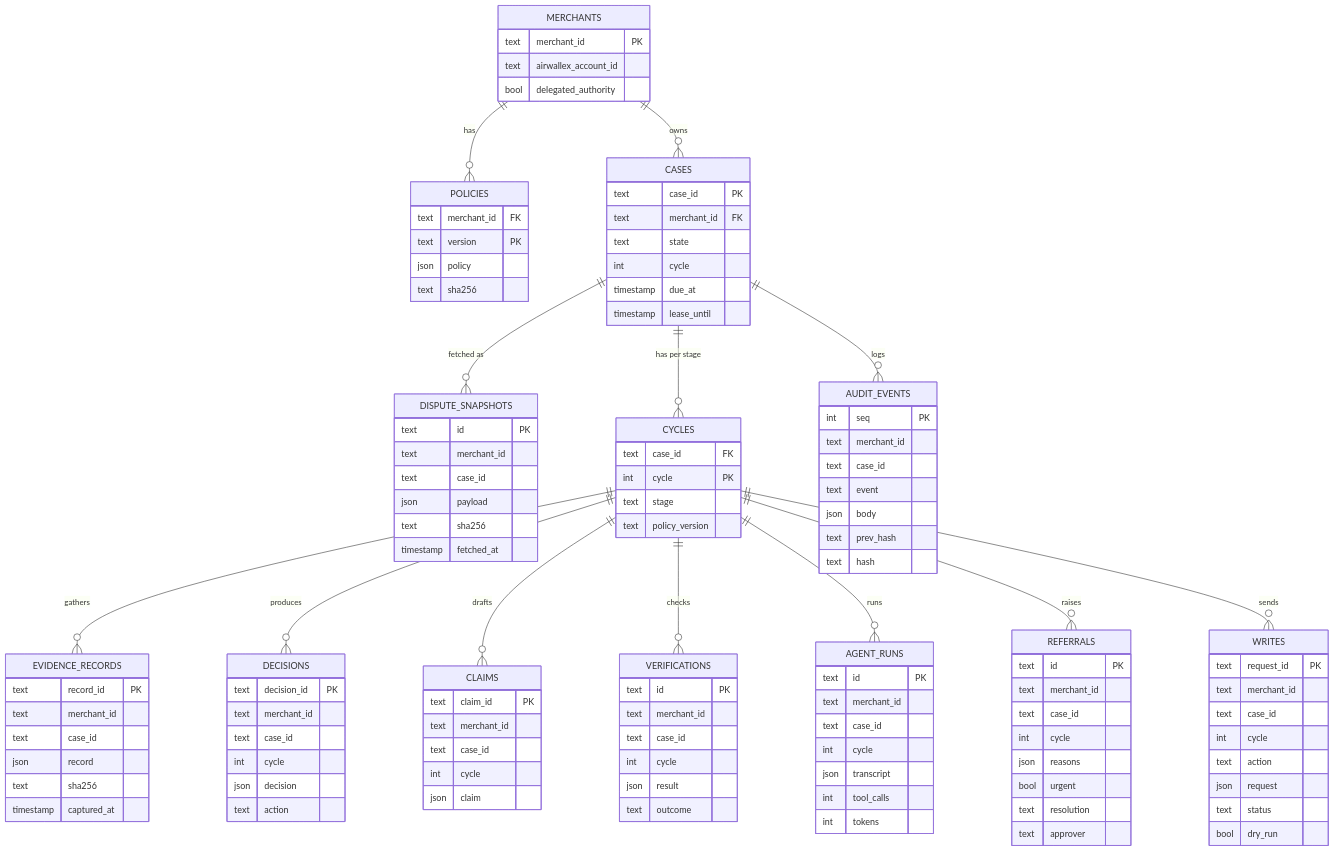
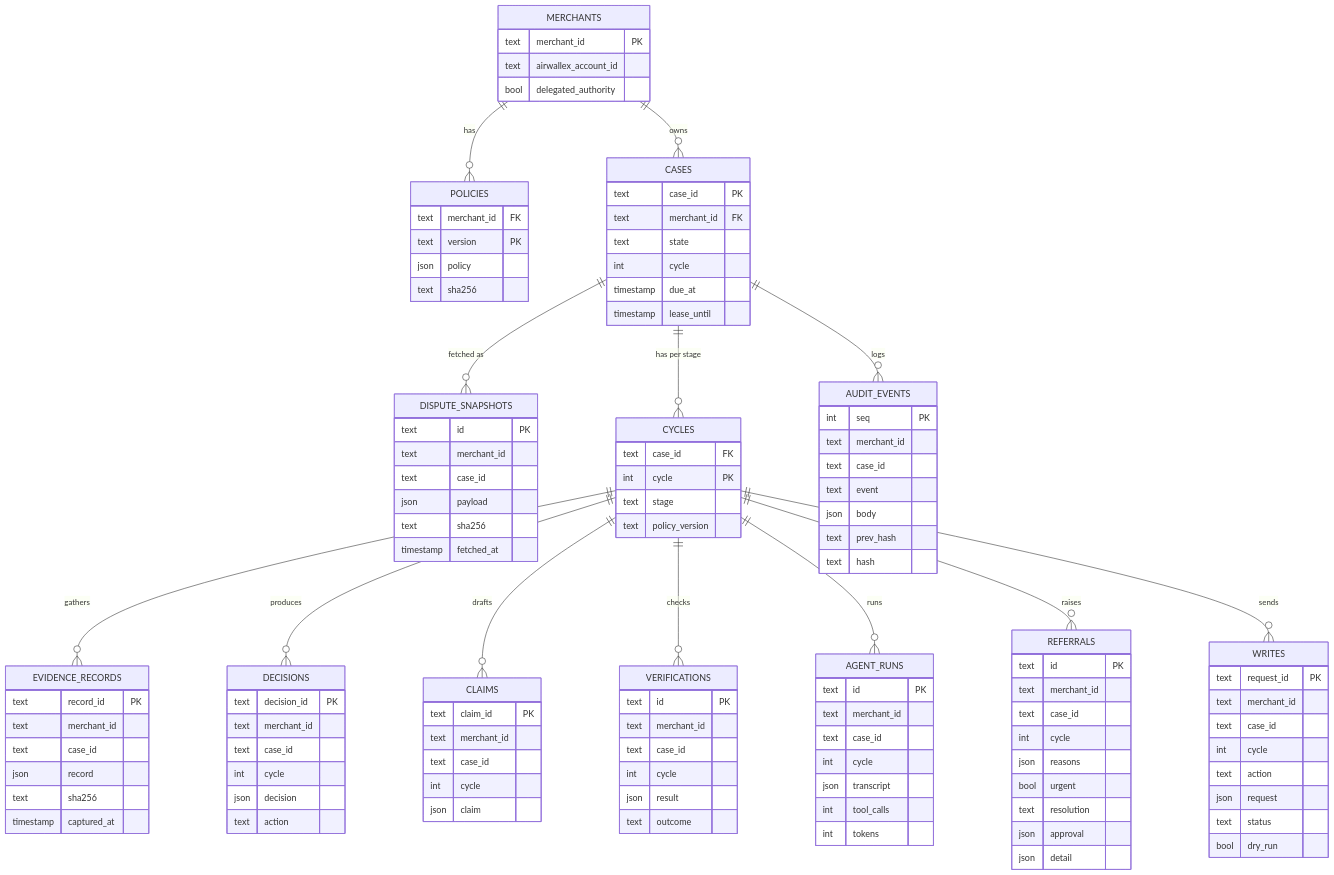
The seventh of 8 diagrams in docs/architecture.md (rachanna/nirnaya), drawn with Mermaid before and after one commit. The commit also changed other lines of this file and 2 other files, not shown here.

Commit message:
Record audit batch 2 in the architecture, spec and CLAUDE.md: dates across records, referral escalation and detail

```diff
--- a/docs/architecture.md
+++ b/docs/architecture.md
@@ -753,7 +767,8 @@
         json reasons
         bool urgent
         text resolution
-        text approver
+        json approval
+        json detail
     }
     WRITES {
         text request_id PK
```
